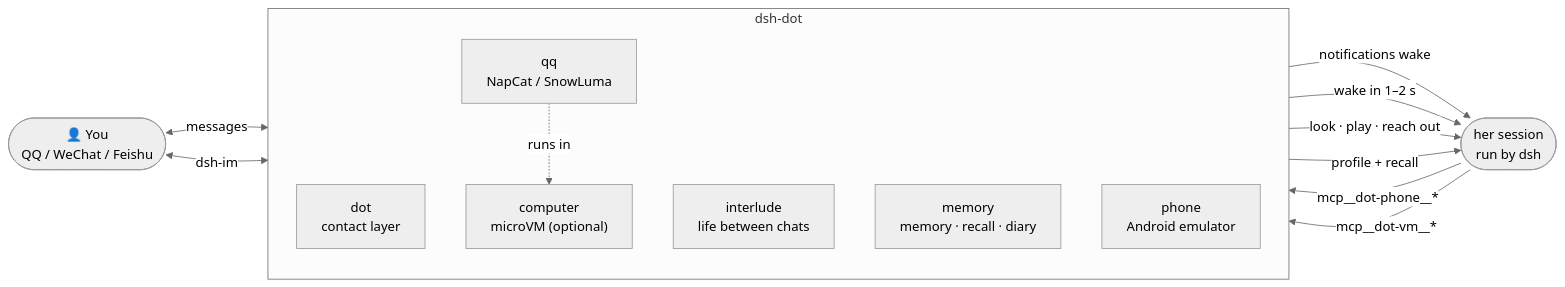
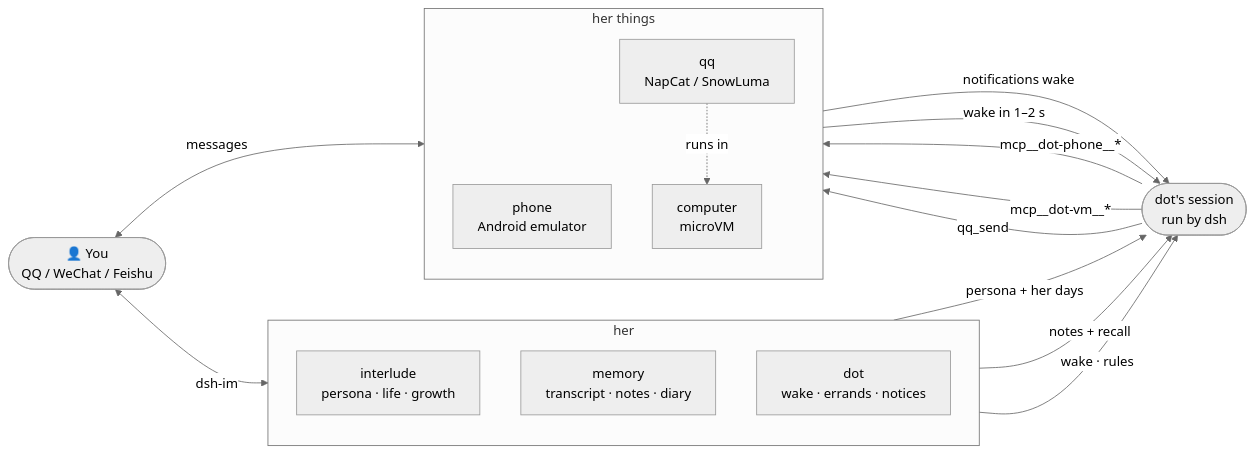
The diagram in README.en.md (Kevinwu901113/dsh-dot), drawn with Mermaid (neutral theme) before and after one commit. The commit also changed other lines of this file and 1 other file, not shown here.

First line of the commit message:
README: she is the subject — dsh becomes dot, who has a phone and a computer; aligned with 0.23.2

````diff
--- a/README.en.md
+++ b/README.en.md
@@ -89,24 +103,29 @@
 ```mermaid
 flowchart LR
     you(["👤 You<br/>QQ / WeChat / Feishu"])
-    subgraph dot["dsh-dot"]
+    subgraph self["her"]
         direction TB
-        contact["dot<br/>contact layer"]
-        interlude["interlude<br/>life between chats"]
-        memory["memory<br/>memory · recall · diary"]
+        interlude["interlude<br/>persona · life · growth"]
+        memory["memory<br/>transcript · notes · diary"]
+        contact["dot<br/>wake · errands · notices"]
+    end
+    session(["dot's session<br/>run by dsh"])
+    subgraph things["her things"]
+        direction TB
         phone["phone<br/>Android emulator"]
+        computer["computer<br/>microVM"]
         qq["qq<br/>NapCat / SnowLuma"]
-        computer["computer<br/>microVM (optional)"]
     end
-    session(["her session<br/>run by dsh"])
 
     you <-->|messages| qq
     you <-->|dsh-im| contact
+    interlude -->|persona + her days| session
+    memory -->|notes + recall| session
+    contact -->|wake · rules| session
+    session -->|mcp__dot-phone__*| phone
+    session -->|mcp__dot-vm__*| computer
+    session -->|qq_send| qq
     phone -->|notifications wake| session
     qq -->|wake in 1–2 s| session
-    interlude -->|look · play · reach out| session
-    memory -->|profile + recall| session
-    session -->|mcp__dot-phone__*| phone
-    session -->|mcp__dot-vm__*| computer
     qq -.runs in.-> computer
 ```
````
